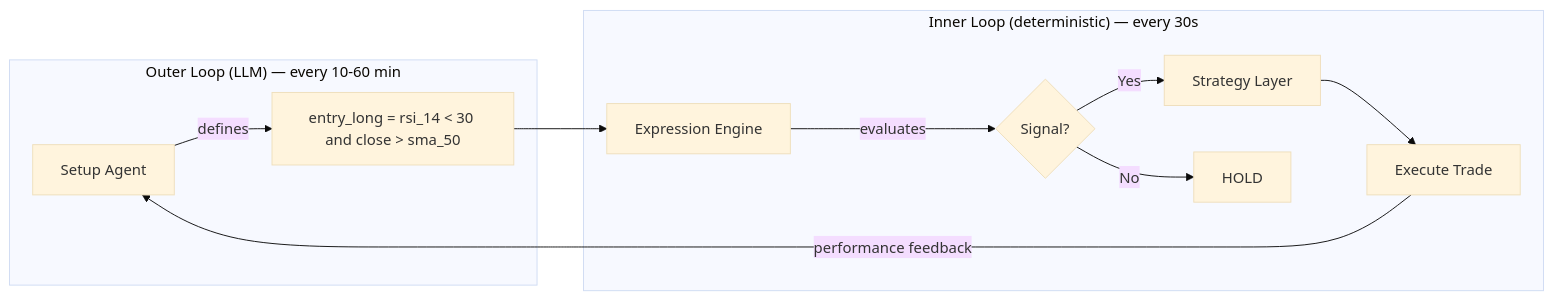
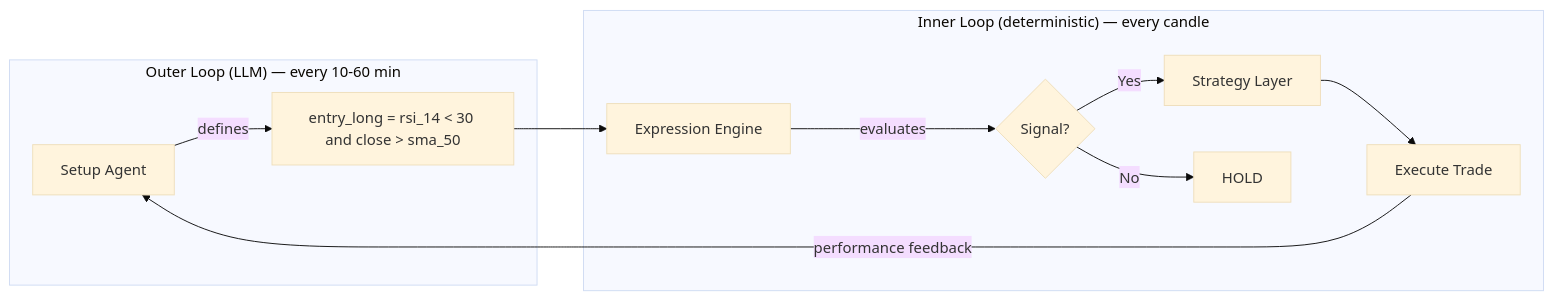
One commit to varsity-tech-product/arena changed the first of 3 diagrams in README.md. Above: the diagram before and after it, drawn with Mermaid (base theme). The commit also changed other lines of this file and 12 other files, not shown here.

````diff
--- a/README.md
+++ b/README.md
@@ -19,14 +19,14 @@
 ```mermaid
 graph LR
     subgraph "Outer Loop (LLM) — every 10-60 min"
         A[Setup Agent] -->|defines| B["entry_long = rsi_14 < 30 and close > sma_50"]
     end
-    subgraph "Inner Loop (deterministic) — every 30s"
+    subgraph "Inner Loop (deterministic) — every candle"
         C[Expression Engine] -->|evaluates| D{Signal?}
         D -->|Yes| E[Strategy Layer]
         E --> F[Execute Trade]
         D -->|No| G[HOLD]
     end
     B --> C
     F -->|performance feedback| A
 ```
````
